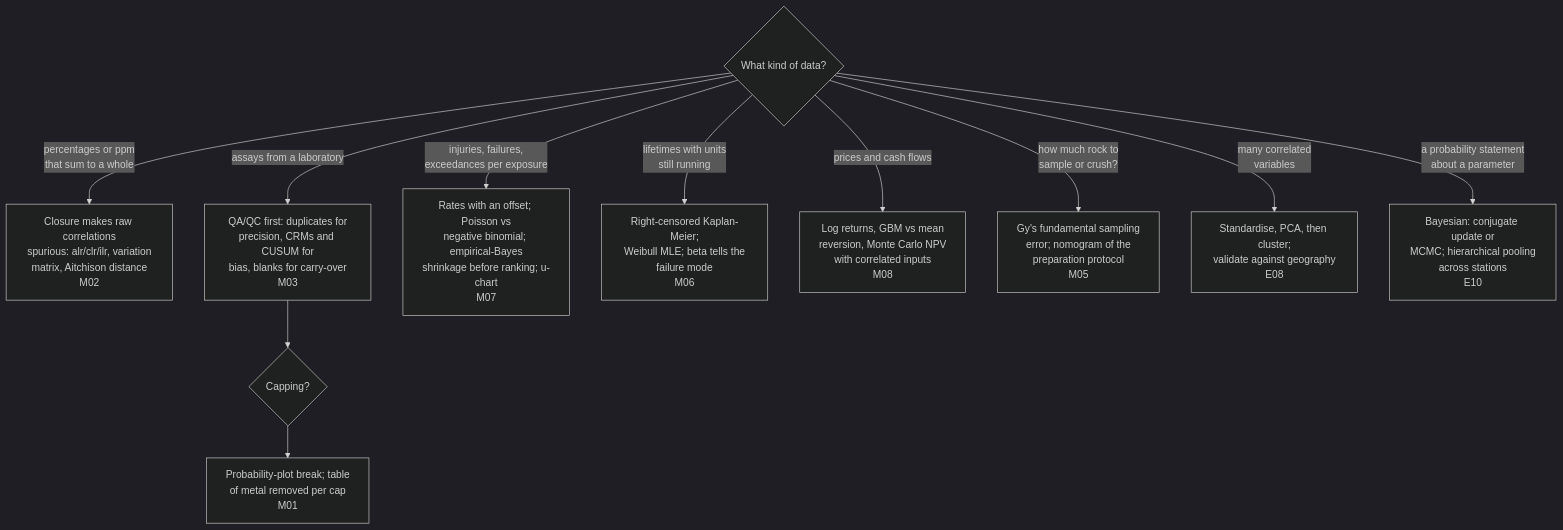
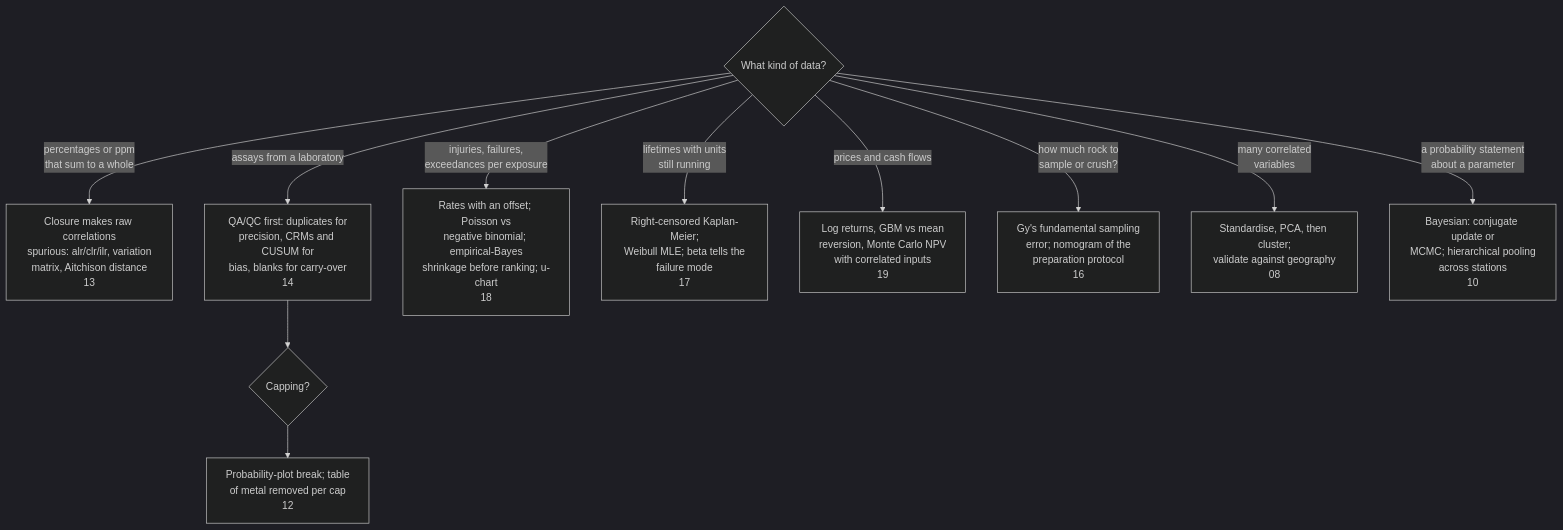
The seventh of 7 diagrams in FLOWCHART.md (ethannol/stats-cheatsheet), drawn with Mermaid (dark theme) before and after one commit. The commit also changed other lines of this file and 31 other files, not shown here.

````diff
--- a/FLOWCHART.md
+++ b/FLOWCHART.md
@@ -153,13 +153,13 @@
 ```mermaid
 flowchart TD
-    A{What kind of data?} -- "percentages or ppm<br>that sum to a whole" --> B[Closure makes raw correlations<br>spurious: alr/clr/ilr, variation<br>matrix, Aitchison distance<br>M02]
-    A -- "assays from a laboratory" --> C[QA/QC first: duplicates for<br>precision, CRMs and CUSUM for<br>bias, blanks for carry-over<br>M03]
+    A{What kind of data?} -- "percentages or ppm<br>that sum to a whole" --> B[Closure makes raw correlations<br>spurious: alr/clr/ilr, variation<br>matrix, Aitchison distance<br>13]
+    A -- "assays from a laboratory" --> C[QA/QC first: duplicates for<br>precision, CRMs and CUSUM for<br>bias, blanks for carry-over<br>14]
     C --> C1{Capping?}
-    C1 --> C2[Probability-plot break; table<br>of metal removed per cap<br>M01]
-    A -- "injuries, failures,<br>exceedances per exposure" --> D[Rates with an offset; Poisson vs<br>negative binomial; empirical-Bayes<br>shrinkage before ranking; u-chart<br>M07]
-    A -- "lifetimes with units<br>still running" --> E[Right-censored Kaplan-Meier;<br>Weibull MLE; beta tells the<br>failure mode<br>M06]
-    A -- "prices and cash flows" --> F[Log returns, GBM vs mean<br>reversion, Monte Carlo NPV<br>with correlated inputs<br>M08]
-    A -- "how much rock to<br>sample or crush?" --> G[Gy's fundamental sampling<br>error; nomogram of the<br>preparation protocol<br>M05]
-    A -- "many correlated<br>variables" --> H[Standardise, PCA, then cluster;<br>validate against geography<br>E08]
-    A -- "a probability statement<br>about a parameter" --> I[Bayesian: conjugate update or<br>MCMC; hierarchical pooling<br>across stations<br>E10]
+    C1 --> C2[Probability-plot break; table<br>of metal removed per cap<br>12]
+    A -- "injuries, failures,<br>exceedances per exposure" --> D[Rates with an offset; Poisson vs<br>negative binomial; empirical-Bayes<br>shrinkage before ranking; u-chart<br>18]
+    A -- "lifetimes with units<br>still running" --> E[Right-censored Kaplan-Meier;<br>Weibull MLE; beta tells the<br>failure mode<br>17]
+    A -- "prices and cash flows" --> F[Log returns, GBM vs mean<br>reversion, Monte Carlo NPV<br>with correlated inputs<br>19]
+    A -- "how much rock to<br>sample or crush?" --> G[Gy's fundamental sampling<br>error; nomogram of the<br>preparation protocol<br>16]
+    A -- "many correlated<br>variables" --> H[Standardise, PCA, then cluster;<br>validate against geography<br>08]
+    A -- "a probability statement<br>about a parameter" --> I[Bayesian: conjugate update or<br>MCMC; hierarchical pooling<br>across stations<br>10]
 ```
````
